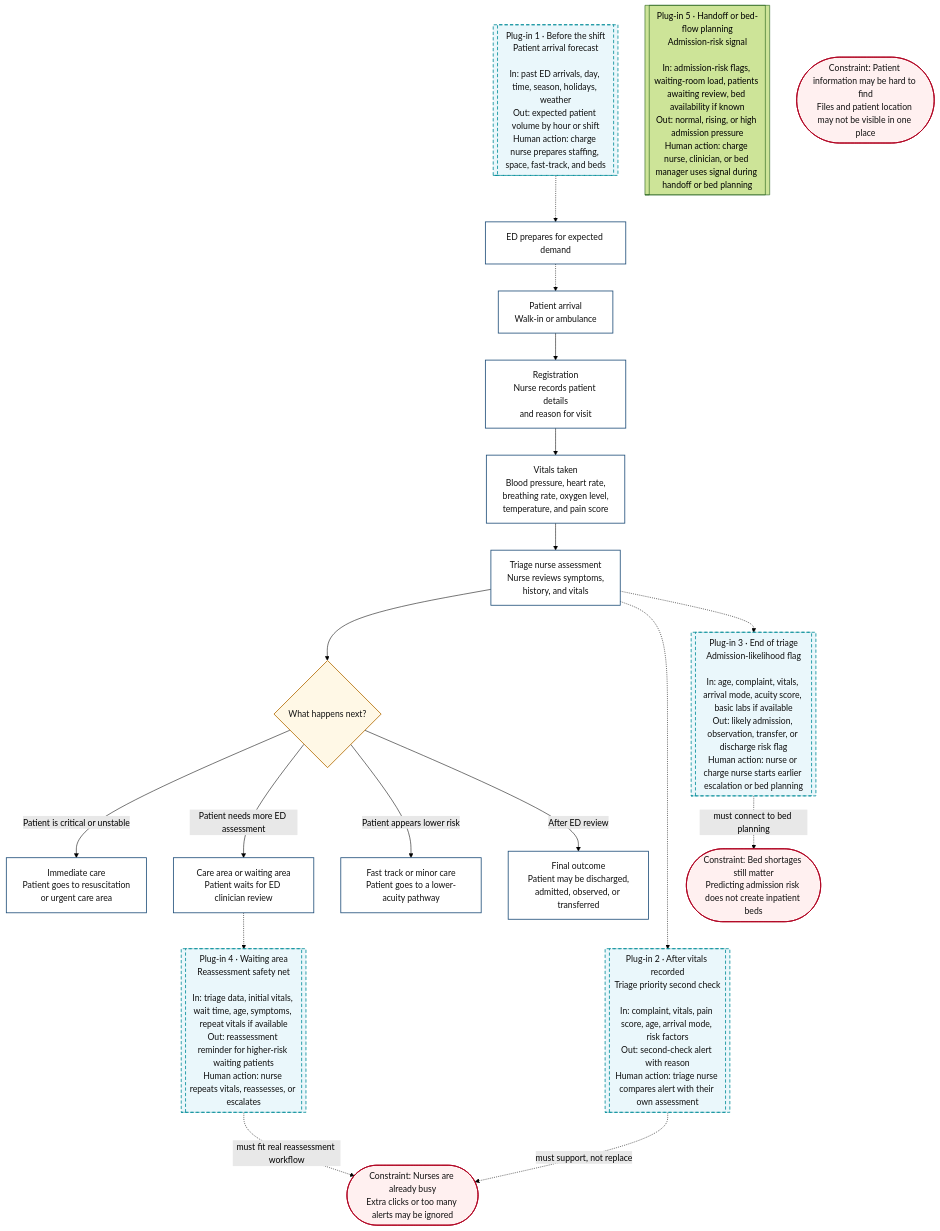
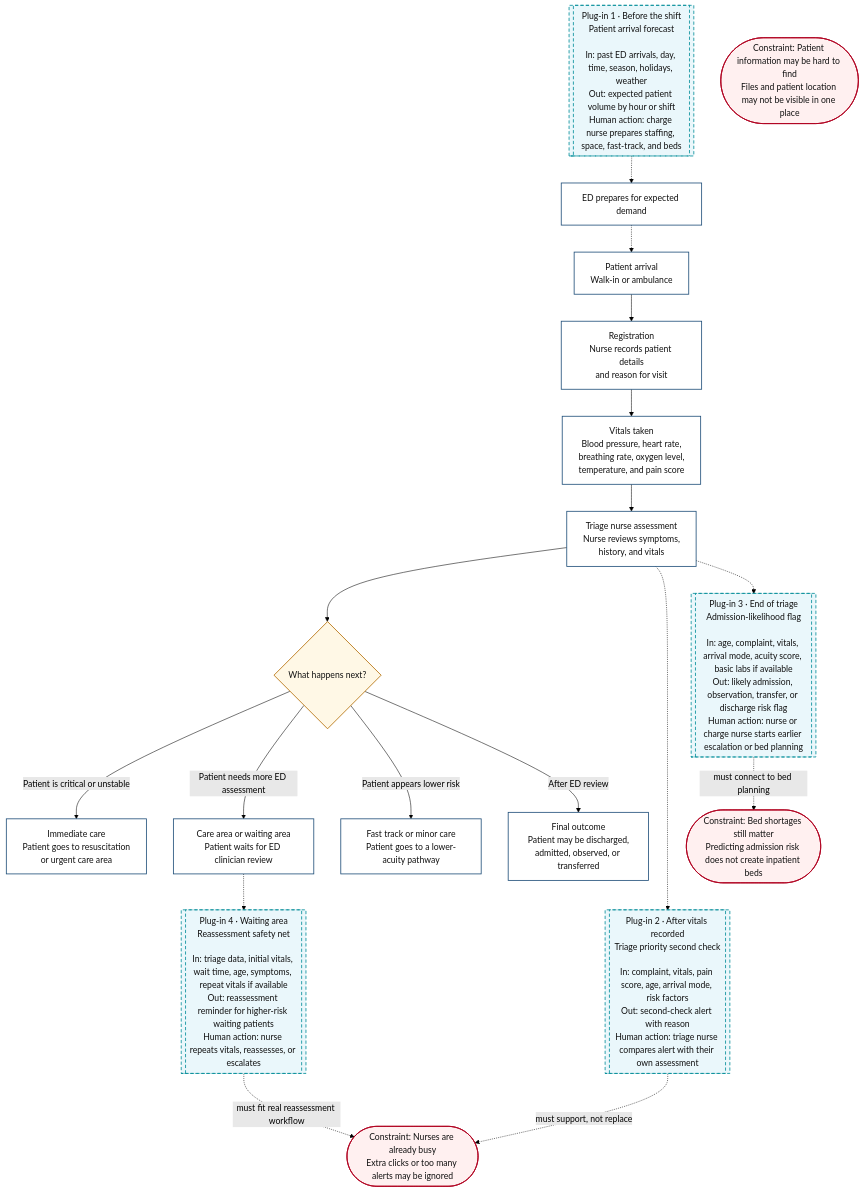
Before and after one commit to tinadams/carisurg-portfolio: the diagram in docs/week_3_workflow.md, drawn with Mermaid (forest theme).

````diff
--- a/docs/week_3_workflow.md
+++ b/docs/week_3_workflow.md
@@ -1,57 +1,55 @@
 ```mermaid
 flowchart TD
 
 A[Patient arrival<br/>Walk-in or ambulance] --> B[Registration<br/>Nurse records patient details<br/>and reason for visit]
 
 B --> C[Vitals taken<br/>Blood pressure, heart rate,<br/>breathing rate, oxygen level,<br/>temperature, and pain score]
 
 C --> D[Triage nurse assessment<br/>Nurse reviews symptoms,<br/>history, and vitals]
 
 D --> E{What happens next?}
 
 E -->|Patient is critical or unstable| F[Immediate care<br/>Patient goes to resuscitation<br/>or urgent care area]
 
 E -->|Patient needs more ED assessment| G[Care area or waiting area<br/>Patient waits for ED clinician review]
 
 E -->|Patient appears lower risk| H[Fast track or minor care<br/>Patient goes to a lower-acuity pathway]
 
 E -->|After ED review| I[Final outcome<br/>Patient may be discharged,<br/>admitted, observed, or transferred]
 
 AI1[[Plug-in 1 · Before the shift<br/>Patient arrival forecast<br/><br/>In: past ED arrivals, day, time, season, holidays, weather<br/>Out: expected patient volume by hour or shift<br/>Human action: charge nurse prepares staffing, space, fast-track, and beds]]
 
 AI2[[Plug-in 2 · After vitals recorded<br/>Triage priority second check<br/><br/>In: complaint, vitals, pain score, age, arrival mode, risk factors<br/>Out: second-check alert with reason<br/>Human action: triage nurse compares alert with their own assessment]]
 
 AI3[[Plug-in 3 · End of triage<br/>Admission-likelihood flag<br/><br/>In: age, complaint, vitals, arrival mode, acuity score, basic labs if available<br/>Out: likely admission, observation, transfer, or discharge risk flag<br/>Human action: nurse or charge nurse starts earlier escalation or bed planning]]
 
 AI4[[Plug-in 4 · Waiting area<br/>Reassessment safety net<br/><br/>In: triage data, initial vitals, wait time, age, symptoms, repeat vitals if available<br/>Out: reassessment reminder for higher-risk waiting patients<br/>Human action: nurse repeats vitals, reassesses, or escalates]]
-
-AI5[[Plug-in 5 · Handoff or bed-flow planning<br/>Admission-risk signal<br/><br/>In: admission-risk flags, waiting-room load, patients awaiting review, bed availability if known<br/>Out: normal, rising, or high admission pressure<br/>Human action: charge nurse, clinician, or bed manager uses signal during handoff or bed planning]]
 
 PRE[ED prepares for expected demand]
 
 AI1 -.-> PRE
 PRE -.-> A
 D -.-> AI2
 D -.-> AI3
 G -.-> AI4
 
 C1([Constraint: Patient information may be hard to find<br/>Files and patient location may not be visible in one place])
 
 C2([Constraint: Nurses are already busy<br/>Extra clicks or too many alerts may be ignored])
 
 C3([Constraint: Bed shortages still matter<br/>Predicting admission risk does not create inpatient beds])
 
 AI2 -. must support, not replace .-> C2
 AI3 -. must connect to bed planning .-> C3
 AI4 -. must fit real reassessment workflow .-> C2
 
 classDef process fill:#ffffff,stroke:#1f4e79,stroke-width:1.5px,color:#111;
 classDef decision fill:#fff8e6,stroke:#b36b00,stroke-width:1.5px,color:#111;
 classDef ai fill:#eaf7fb,stroke:#008c99,stroke-width:1.5px,stroke-dasharray: 6 4,color:#111;
 classDef constraint fill:#fff0f0,stroke:#b00020,stroke-width:1.5px,color:#111;
 
 class A,B,C,D,F,G,H,I,PRE process;
 class E decision;
 class AI1,AI2,AI3,AI4 ai;
 class C1,C2,C3 constraint;
 ```
````
